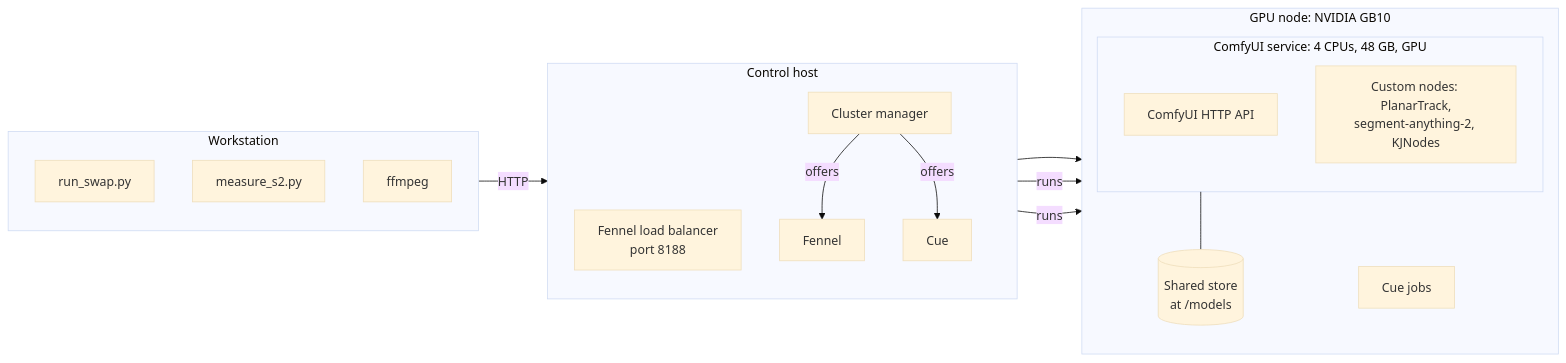
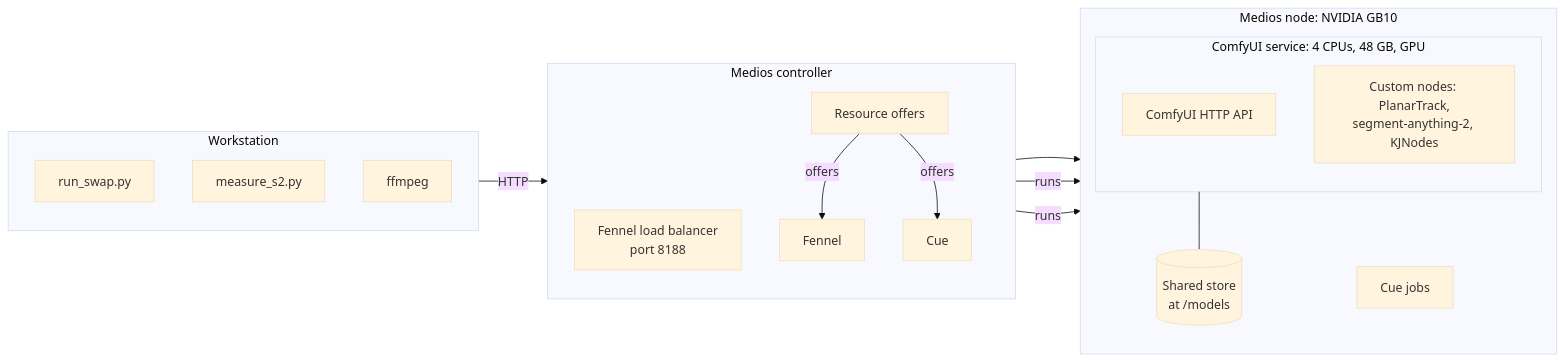
Before and after one commit to tnn1t1s/tnn1t1s-comfy: the second of 2 diagrams in examples/record-swap/README.md, drawn with Mermaid (base theme). The commit also changed other lines of this file, not shown here.

Commit message:
Record-swap example: name the Medios controller and Medios node in the stack diagram

````diff
--- a/examples/record-swap/README.md
+++ b/examples/record-swap/README.md
@@ -92,34 +92,34 @@
 ```mermaid
 flowchart LR
   subgraph client ["Workstation"]
     direction TB
     runswap["run_swap.py"]
     measure["measure_s2.py"]
     ffmpeg["ffmpeg"]
   end
 
-  subgraph control ["Control host"]
+  subgraph control ["Medios controller"]
     direction TB
     lb["Fennel load balancer<br/>port 8188"]
     fennel["Fennel"]
     cue["Cue"]
-    mgr["Cluster manager"]
+    mgr["Resource offers"]
   end
 
-  subgraph gpu ["GPU node: NVIDIA GB10"]
+  subgraph gpu ["Medios node: NVIDIA GB10"]
     direction TB
     subgraph comfyapp ["ComfyUI service: 4 CPUs, 48 GB, GPU"]
       comfy["ComfyUI HTTP API"]
       nodes["Custom nodes: PlanarTrack,<br/>segment-anything-2, KJNodes"]
     end
     store[("Shared store<br/>at /models")]
     cuejob["Cue jobs"]
   end
 
   runswap -- "HTTP" --> lb --> comfy
   mgr -- "offers" --> fennel
   mgr -- "offers" --> cue
   fennel -- "runs" --> comfyapp
   cue -- "runs" --> cuejob
   comfyapp --- store
 ```
````
